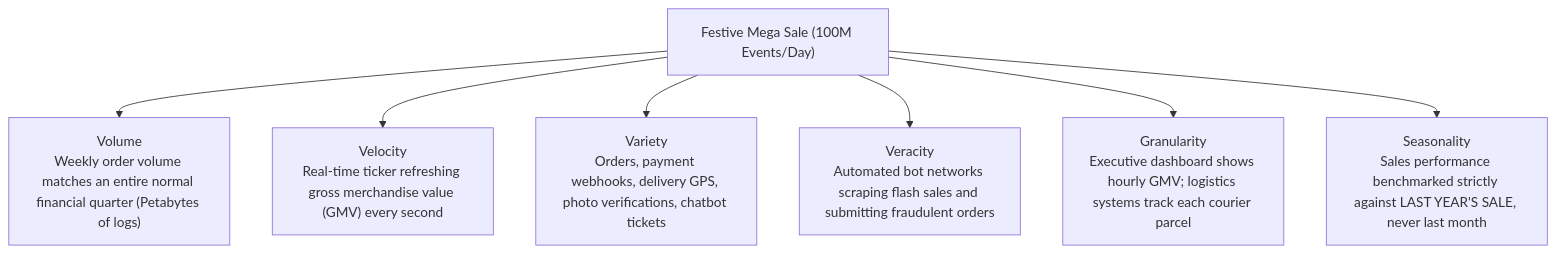
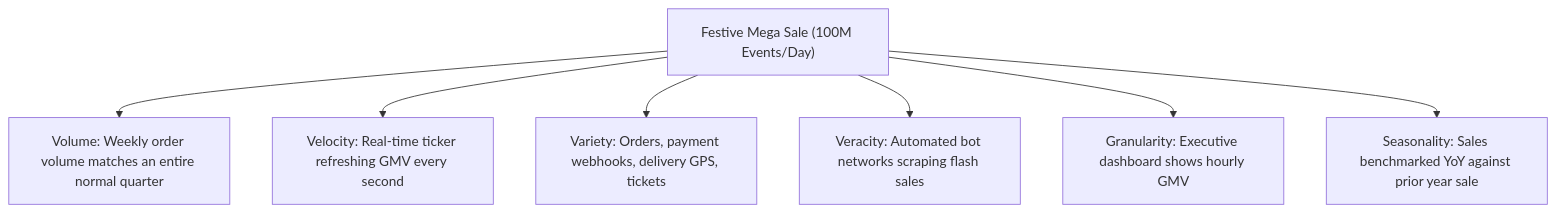
One commit to DeepLumiere/DeepSkills changed diagram 15 of 27 in notes/data_analysis/Unit_2_notes.md. Above: the diagram before and after it, drawn with Mermaid. The commit also changed other lines of this file and 56 other files, not shown here.

````diff
--- a/notes/data_analysis/Unit_2_notes.md
+++ b/notes/data_analysis/Unit_2_notes.md
@@ -814,11 +814,11 @@
 ```mermaid
 flowchart TD
     SALE["Festive Mega Sale (100M Events/Day)"]
 
-    SALE --> F1["Volume<br/>Weekly order volume matches an entire normal financial quarter (Petabytes of logs)"]
-    SALE --> F2["Velocity<br/>Real-time ticker refreshing gross merchandise value (GMV) every second"]
-    SALE --> F3["Variety<br/>Orders, payment webhooks, delivery GPS, photo verifications, chatbot tickets"]
-    SALE --> F4["Veracity<br/>Automated bot networks scraping flash sales and submitting fraudulent orders"]
-    SALE --> F5["Granularity<br/>Executive dashboard shows hourly GMV; logistics systems track each courier parcel"]
-    SALE --> F6["Seasonality<br/>Sales performance benchmarked strictly against LAST YEAR'S SALE, never last month"]
+    SALE --> F1["Volume: Weekly order volume matches an entire normal quarter"]
+    SALE --> F2["Velocity: Real-time ticker refreshing GMV every second"]
+    SALE --> F3["Variety: Orders, payment webhooks, delivery GPS, tickets"]
+    SALE --> F4["Veracity: Automated bot networks scraping flash sales"]
+    SALE --> F5["Granularity: Executive dashboard shows hourly GMV"]
+    SALE --> F6["Seasonality: Sales benchmarked YoY against prior year sale"]
 ```
````
